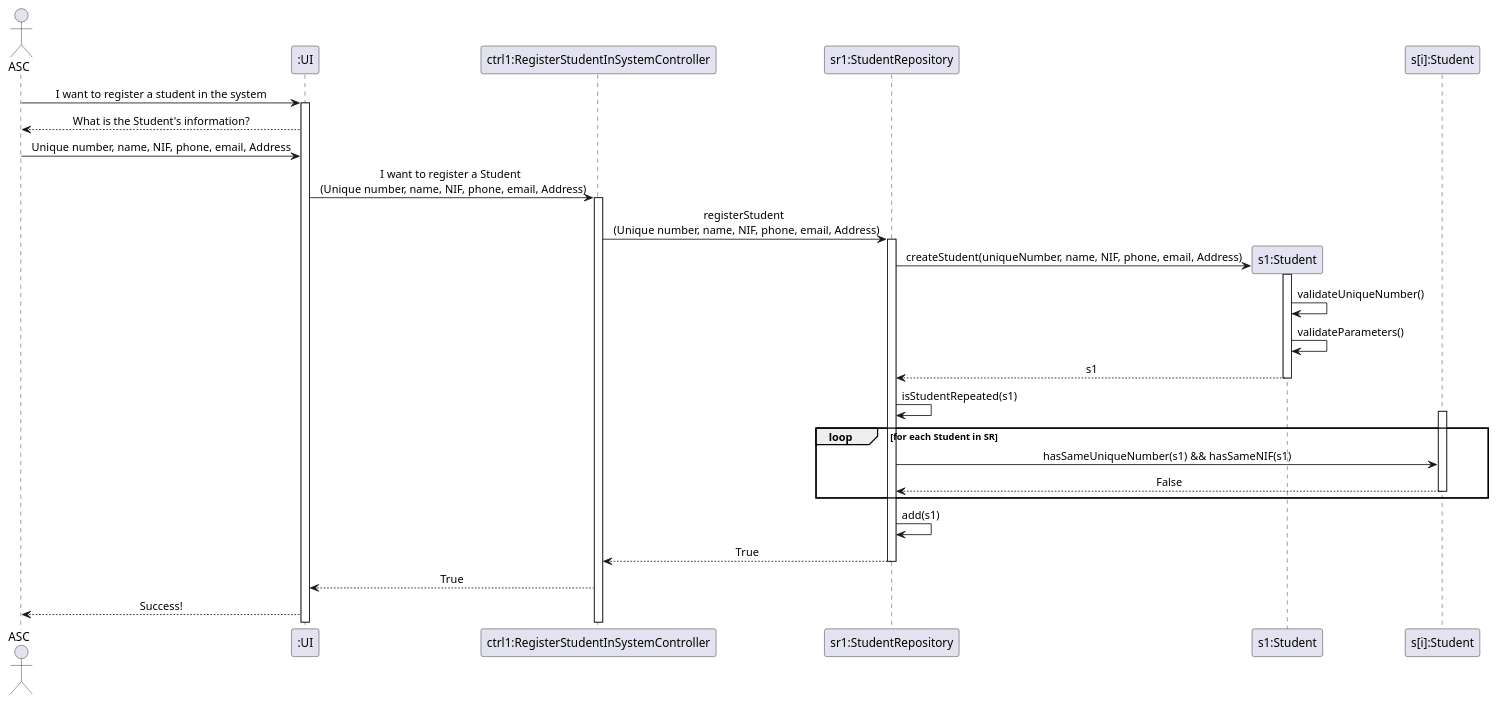
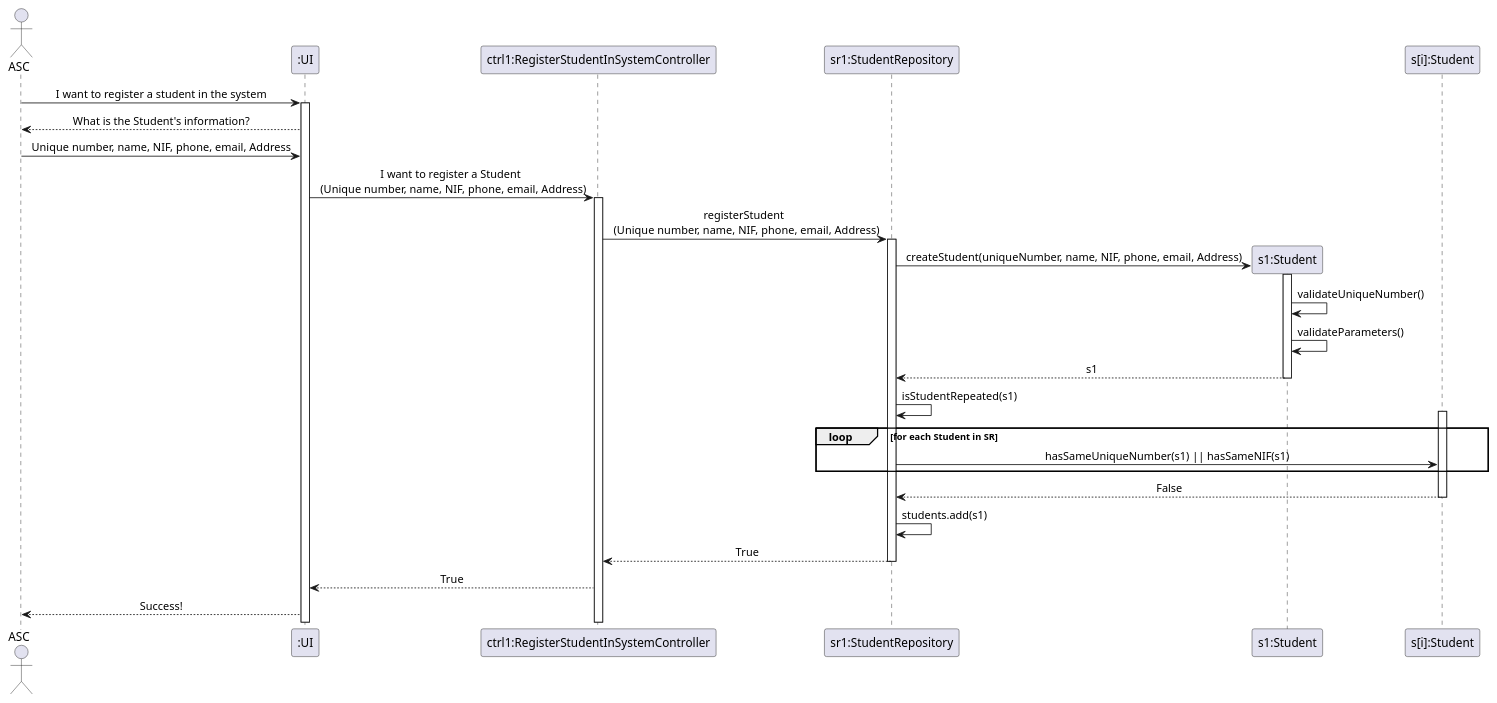
The diagram in docs/sequenceDiagrams/US08/US08_RegisterStudentInSystem.puml (GasparISEP/DevOps-PAI), drawn with PlantUML before and after one commit.

Commit message:
Made changes to US08 Sequence Diagram

```diff
--- a/docs/sequenceDiagrams/US08/US08_RegisterStudentInSystem.puml
+++ b/docs/sequenceDiagrams/US08/US08_RegisterStudentInSystem.puml
@@ -1,43 +1,44 @@
 @startuml
 
 skinparam sequenceMessageAlign center
 
 actor ASC
 participant ":UI" as UI
 participant "ctrl1:RegisterStudentInSystemController" as ctrl
 participant "sr1:StudentRepository" as SR
 participant "s1:Student" as Student1
 participant "s[i]:Student" as Student
 
 ASC -> UI: I want to register a student in the system
 activate UI
 UI --> ASC: What is the Student's information?
 ASC -> UI: Unique number, name, NIF, phone, email, Address
 UI -> ctrl: I want to register a Student \n (Unique number, name, NIF, phone, email, Address)
 activate ctrl
 ctrl -> SR: registerStudent \n (Unique number, name, NIF, phone, email, Address)
 activate SR
 
 create Student1
 SR -> Student1: createStudent(uniqueNumber, name, NIF, phone, email, Address)
 activate Student1
 Student1 -> Student1: validateUniqueNumber()
 Student1 -> Student1: validateParameters()
 Student1 --> SR: s1
 deactivate Student1
 SR -> SR : isStudentRepeated(s1)
 
 loop for each Student in SR
     activate Student
-    SR -> Student: hasSameUniqueNumber(s1) && hasSameNIF(s1)
-    Student --> SR : False
-    deactivate Student
+    SR -> Student: hasSameUniqueNumber(s1) || hasSameNIF(s1)
 end
 
-SR -> SR: add(s1)
+Student --> SR : False
+deactivate Student
+
+SR -> SR: students.add(s1)
 SR --> ctrl: True
 deactivate SR
 ctrl --> UI: True
 UI --> ASC: Success!
 
 @enduml
```
